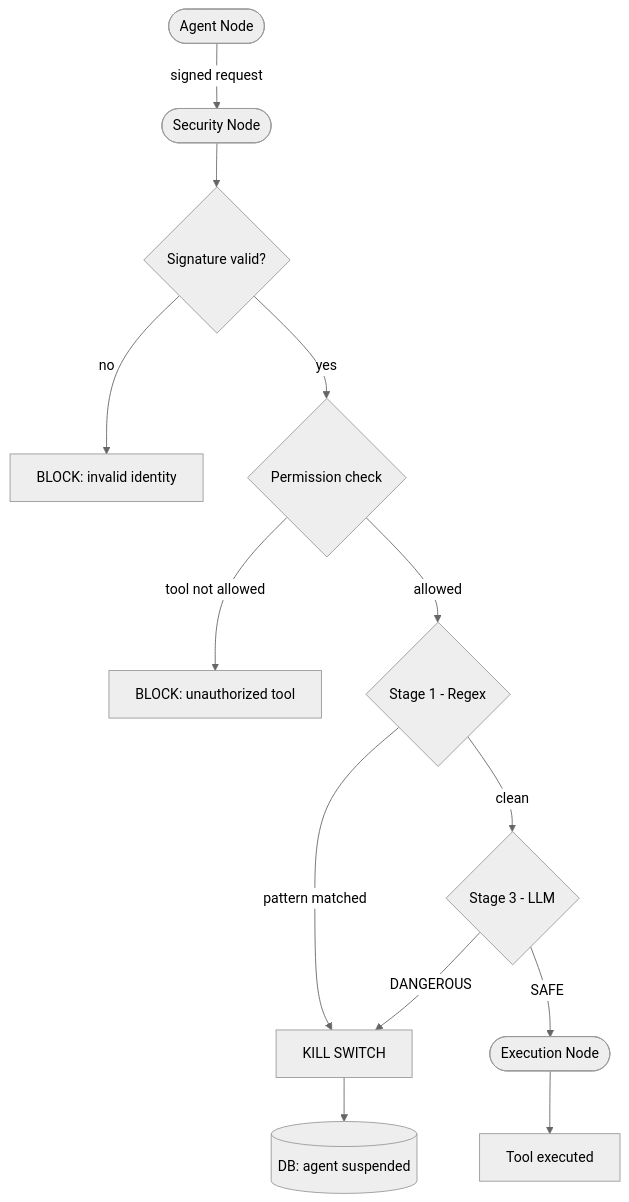
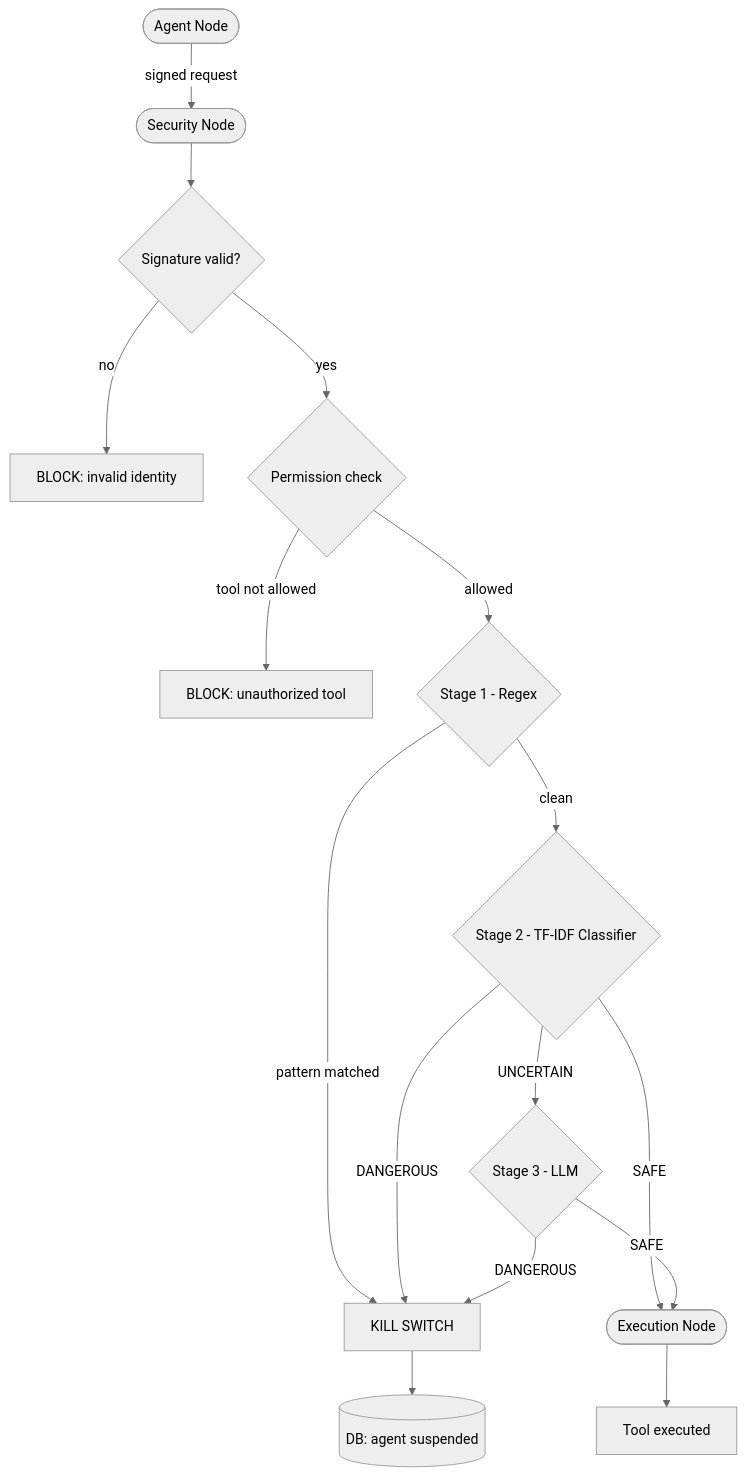
One commit to alfredocarta/agent-security-framework changed the diagram in README.md. Above: the diagram before and after it, drawn with Mermaid (neutral theme). The commit also changed other lines of this file, not shown here.

Commit message:
Update README: document 3-stage pipeline, encryption at rest, pagination

````diff
--- a/README.md
+++ b/README.md
@@ -7,15 +7,18 @@
 ```mermaid
 flowchart TD
     A([Agent Node]) -->|signed request| B([Security Node])
     B --> C{Signature valid?}
     C -->|no| D[BLOCK: invalid identity]
     C -->|yes| E{Permission check}
     E -->|tool not allowed| F[BLOCK: unauthorized tool]
     E -->|allowed| G{Stage 1 - Regex}
     G -->|pattern matched| H[KILL SWITCH]
-    G -->|clean| I{Stage 3 - LLM}
+    G -->|clean| I{Stage 2 - TF-IDF Classifier}
     I -->|DANGEROUS| H
     I -->|SAFE| J([Execution Node])
-    H --> K[(DB: agent suspended)]
-    J --> L[Tool executed]
+    I -->|UNCERTAIN| K{Stage 3 - LLM}
+    K -->|DANGEROUS| H
+    K -->|SAFE| J
+    H --> L[(DB: agent suspended)]
+    J --> M[Tool executed]
 ```
````
